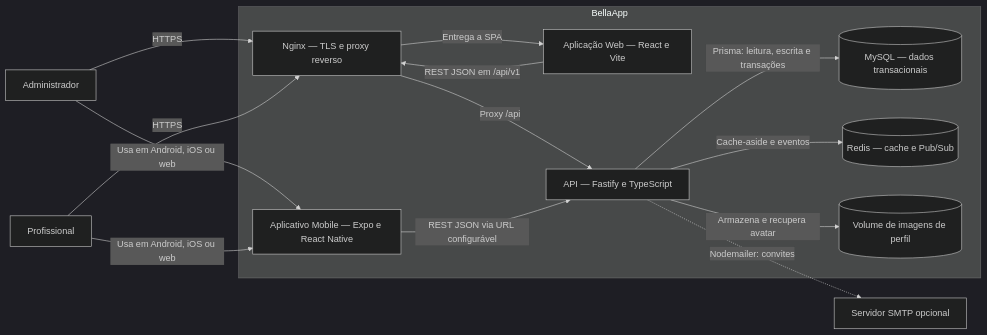
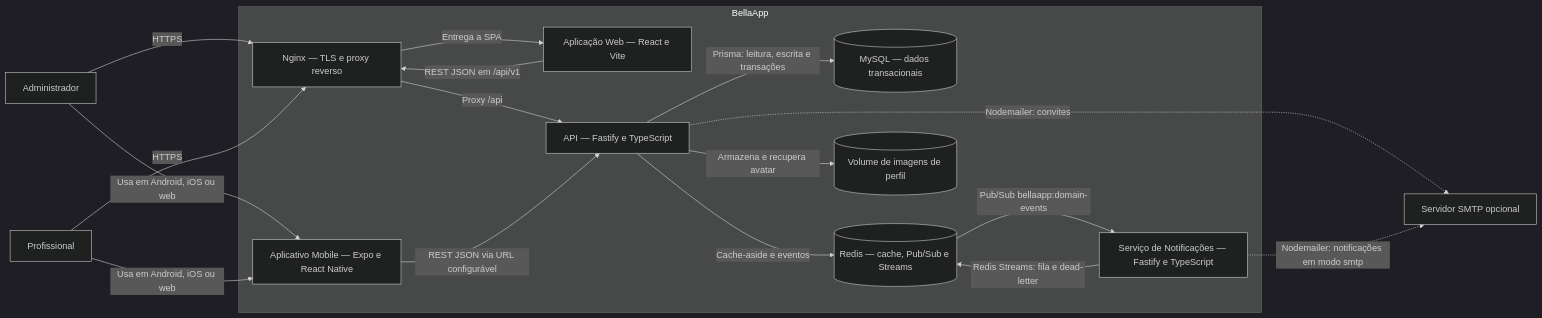
One commit to Joseph-0505/BellaApp changed the second of 3 diagrams in docs/architecture/c4.md. Above: the diagram before and after it, drawn with Mermaid (dark theme). The commit also changed other lines of this file and 10 other files, not shown here.

First line of the commit message:
docs(architecture): KAN-1 KAN-2 atualiza C4, ADRs e cenarios de qualidade

````diff
--- a/docs/architecture/c4.md
+++ b/docs/architecture/c4.md
@@ -39,30 +39,34 @@
 ```mermaid
 flowchart LR
     admin["Administrador"]
     professional["Profissional"]
 
     subgraph bella["BellaApp"]
         nginx["Nginx — TLS e proxy reverso"]
         web["Aplicação Web — React e Vite"]
         mobile["Aplicativo Mobile — Expo e React Native"]
         api["API — Fastify e TypeScript"]
         mysql[("MySQL — dados transacionais")]
-        redis[("Redis — cache e Pub/Sub")]
+        redis[("Redis — cache, Pub/Sub e Streams")]
         uploads[("Volume de imagens de perfil")]
+        notifier["Serviço de Notificações — Fastify e TypeScript"]
     end
 
     smtp["Servidor SMTP opcional"]
 
     admin -->|"HTTPS"| nginx
     professional -->|"HTTPS"| nginx
     nginx -->|"Entrega a SPA"| web
     web -->|"REST JSON em /api/v1"| nginx
     nginx -->|"Proxy /api"| api
     admin -->|"Usa em Android, iOS ou web"| mobile
     professional -->|"Usa em Android, iOS ou web"| mobile
     mobile -->|"REST JSON via URL configurável"| api
     api -->|"Prisma: leitura, escrita e transações"| mysql
     api -->|"Cache-aside e eventos"| redis
     api -->|"Armazena e recupera avatar"| uploads
     api -.->|"Nodemailer: convites"| smtp
+    redis -->|"Pub/Sub bellaapp:domain-events"| notifier
+    notifier -->|"Redis Streams: fila e dead-letter"| redis
+    notifier -.->|"Nodemailer: notificações em modo smtp"| smtp
 ```
````
